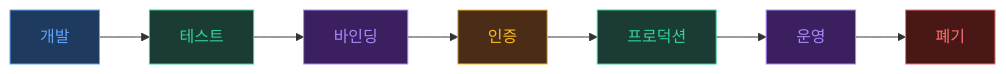
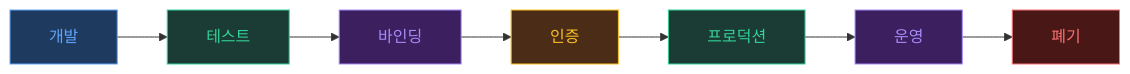
One commit to kinkos1234/sos changed the diagram in site/cmr/index.md. Above: the diagram before and after it, drawn with Mermaid. The commit also changed 9 other files, not shown here.

Commit message:
style: perfect mermaid edge labels, optimize typography, fix dark mode bugs

````diff
--- a/site/cmr/index.md
+++ b/site/cmr/index.md
@@ -11,17 +11,17 @@
 ```mermaid
 graph LR
-    DEV["개발"] --> TEST["테스트"]
-    TEST --> BIND["바인딩"]
-    BIND --> CERT["인증"]
-    CERT --> PROD["프로덕션"]
-    PROD --> OPS["운영"]
-    OPS --> EOL["폐기"]
+    DEV["&nbsp;&nbsp;개발&nbsp;&nbsp;"] --> TEST["&nbsp;&nbsp;테스트&nbsp;&nbsp;"]
+    TEST --> BIND["&nbsp;&nbsp;바인딩&nbsp;&nbsp;"]
+    BIND --> CERT["&nbsp;&nbsp;인증&nbsp;&nbsp;"]
+    CERT --> PROD["&nbsp;&nbsp;프로덕션&nbsp;&nbsp;"]
+    PROD --> OPS["&nbsp;&nbsp;운영&nbsp;&nbsp;"]
+    OPS --> EOL["&nbsp;&nbsp;폐기&nbsp;&nbsp;"]
 
     style DEV fill:#1e3a5f,stroke:#60a5fa,color:#60a5fa
     style TEST fill:#1a3c34,stroke:#34d399,color:#34d399
     style BIND fill:#3b1f5e,stroke:#a78bfa,color:#a78bfa
     style CERT fill:#4a2c17,stroke:#fbbf24,color:#fbbf24
     style PROD fill:#1a3c34,stroke:#34d399,color:#34d399
     style OPS fill:#3b1f5e,stroke:#a78bfa,color:#a78bfa
     style EOL fill:#4a1717,stroke:#f87171,color:#f87171
 ```
````
